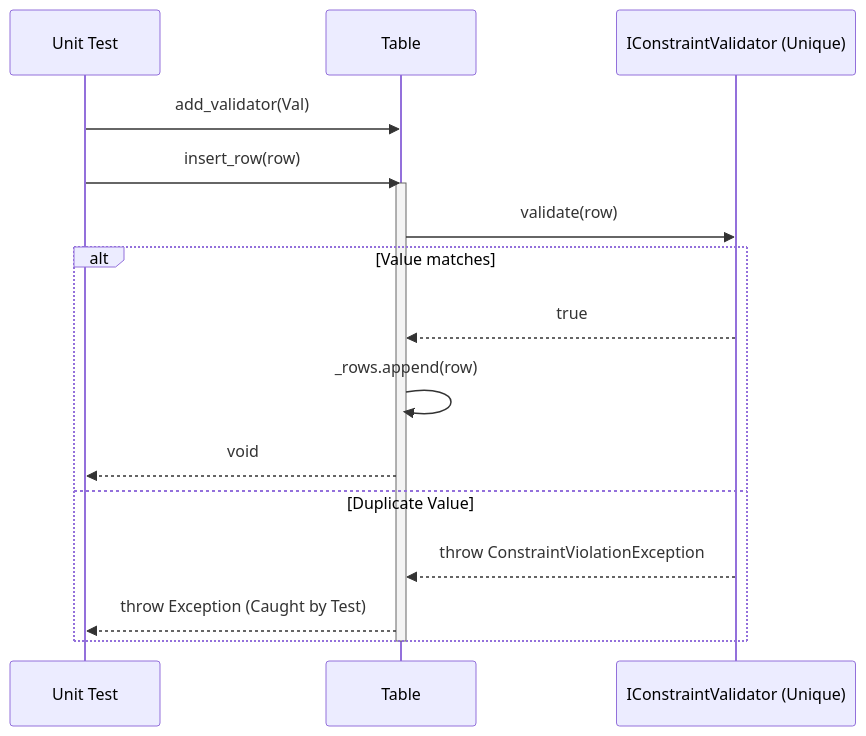
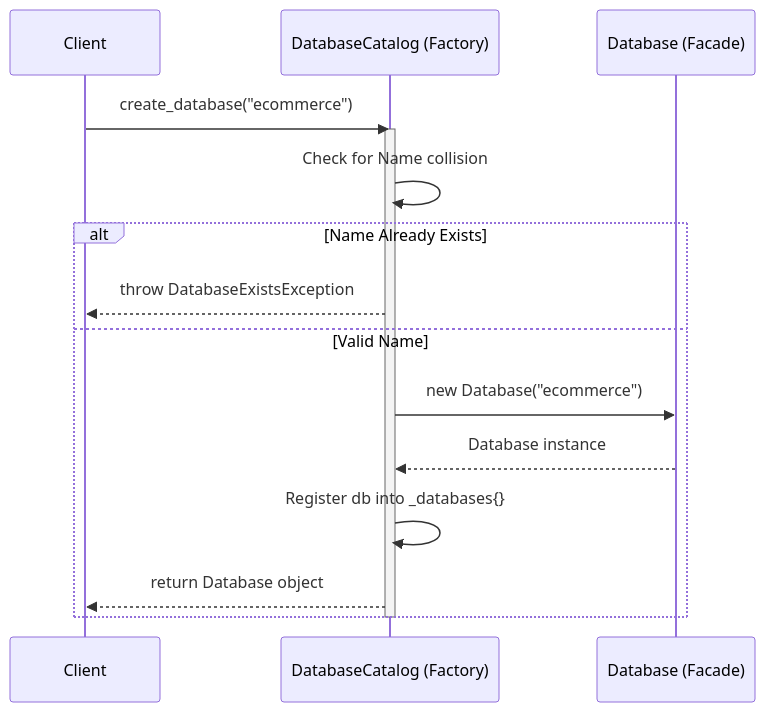
One commit to Ricky13170/bbv_DBMS changed the second of 14 diagrams in docs/readme.md. Above: the diagram before and after it, drawn with Mermaid. The commit also changed other lines of this file and 10 other files, not shown here.

````diff
--- a/docs/readme.md
+++ b/docs/readme.md
@@ -58,20 +53,19 @@
 ```mermaid
 sequenceDiagram
-    participant Test as Unit Test
-    participant Table
-    participant Val as IConstraintValidator (Unique)
-    
-    Test->>Table: add_validator(Val)
-    Test->>Table: insert_row(row)
-    activate Table
-    Table->>Val: validate(row)
-    alt Value matches
-        Val-->>Table: true
-        Table->>Table: _rows.append(row)
-        Table-->>Test: void
-    else Duplicate Value
-        Val-->>Table: throw ConstraintViolationException
-        Table-->>Test: throw Exception (Caught by Test)
+    participant Client
+    participant DC as DatabaseCatalog (Factory)
+    participant DB as Database (Facade)
+
+    Client->>DC: create_database("ecommerce")
+    activate DC
+    DC->>DC: Check for Name collision
+    alt Name Already Exists
+        DC-->>Client: throw DatabaseExistsException
+    else Valid Name
+        DC->>DB: new Database("ecommerce")
+        DB-->>DC: Database instance
+        DC->>DC: Register db into _databases{}
+        DC-->>Client: return Database object
     end
-    deactivate Table
+    deactivate DC
 ```
````
